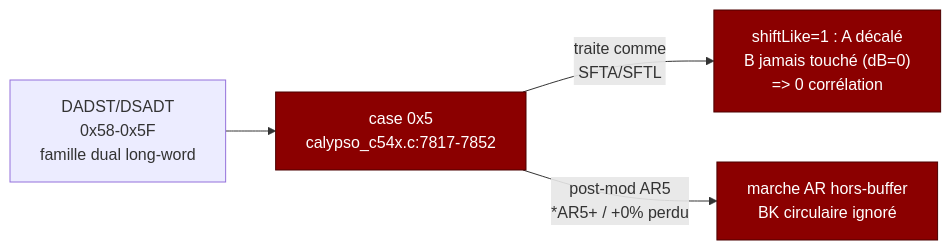
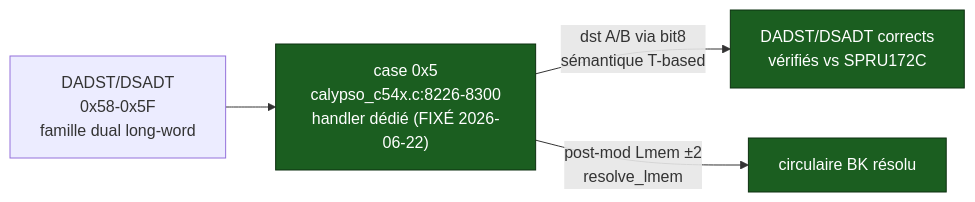
One commit to bbaranoff/qemu-calypso changed the fourth of 4 diagrams in doc/schematics.md. Above: the diagram before and after it, drawn with Mermaid. The commit also changed other lines of this file and 40 other files, not shown here.

````diff
--- a/doc/schematics.md
+++ b/doc/schematics.md
@@ -219,9 +238,9 @@
 ```mermaid
 flowchart LR
-    OP["DADST/DSADT<br/>0x58-0x5F<br/>famille dual long-word"] --> C5["case 0x5<br/>calypso_c54x.c:7817-7852"]
-    C5 -->|"traite comme<br/>SFTA/SFTL"| WRONG["shiftLike=1 : A décalé<br/>B jamais touché (dB=0)<br/>=> 0 corrélation"]
-    C5 -->|"post-mod AR5<br/>*AR5+ / +0% perdu"| WALK["marche AR hors-buffer<br/>BK circulaire ignoré"]
+    OP["DADST/DSADT<br/>0x58-0x5F<br/>famille dual long-word"] --> C5["case 0x5<br/>calypso_c54x.c:8226-8300<br/>handler dédié (FIXÉ 2026-06-22)"]
+    C5 -->|"dst A/B via bit8<br/>sémantique T-based"| OK1["DADST/DSADT corrects<br/>vérifiés vs SPRU172C"]
+    C5 -->|"post-mod Lmem ±2<br/>resolve_lmem"| OK2["circulaire BK résolu"]
 
-    classDef bug fill:#8b0000,color:#fff,stroke:#4d0000;
-    class C5,WRONG,WALK bug;
+    classDef ok fill:#1b5e20,color:#fff,stroke:#0d3010;
+    class C5,OK1,OK2 ok;
 ```
````
